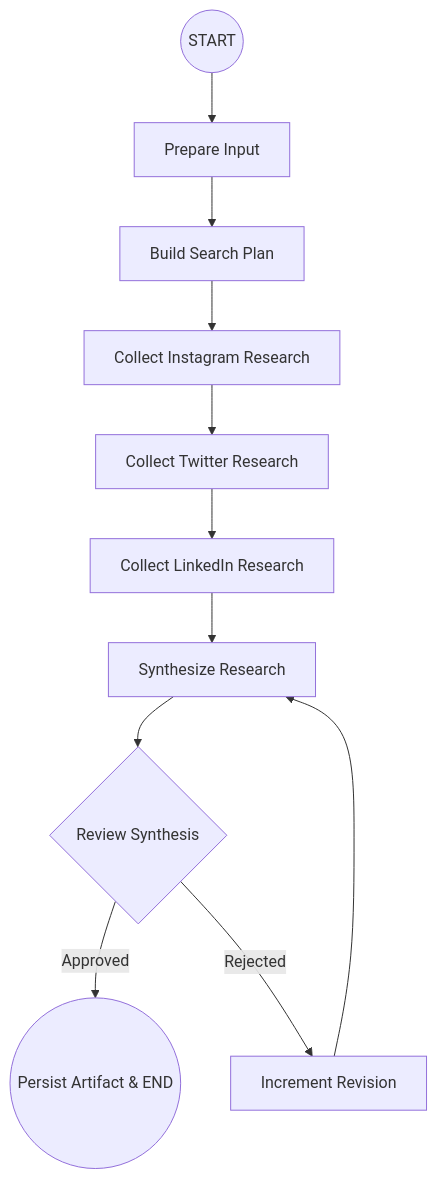
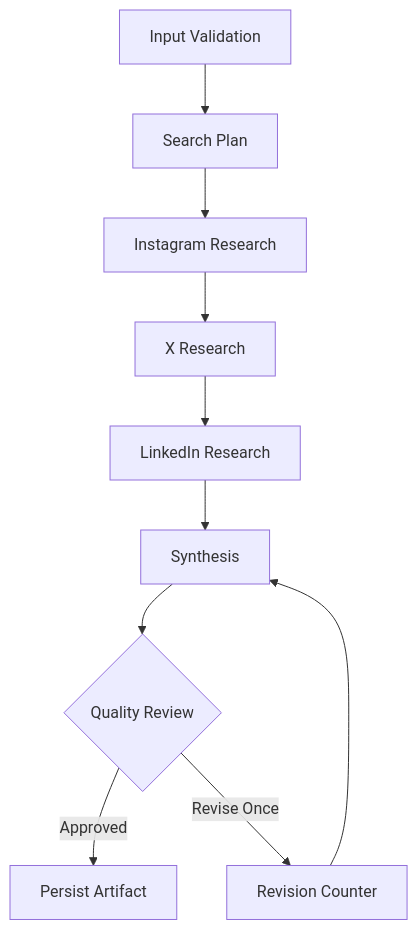
One commit to shivamrajput-py/Content-Automation-AgenticAI changed the first of 3 diagrams in README.md. Above: the diagram before and after it, drawn with Mermaid. The commit also changed other lines of this file and 24 other files, not shown here.

````diff
--- a/README.md
+++ b/README.md
@@ -26,20 +92,12 @@
 ```mermaid
 graph TD
-    Start((START))
-    Prepare[Prepare Input]
-    Plan[Build Search Plan]
-    Insta[Collect Instagram Research]
-    Twitter[Collect Twitter Research]
-    LinkedIn[Collect LinkedIn Research]
-    Synthesize[Synthesize Research]
-    Review{Review Synthesis}
-    Persist((Persist Artifact & END))
-    
-    Start --> Prepare --> Plan
-    Plan --> Insta --> Twitter --> LinkedIn --> Synthesize
-    Synthesize --> Review
-    
-    Review -- Approved --> Persist
-    Review -- Rejected --> IncrementRevision[Increment Revision]
-    IncrementRevision --> Synthesize
+    A[Input Validation] --> B[Search Plan]
+    B --> C[Instagram Research]
+    C --> D[X Research]
+    D --> E[LinkedIn Research]
+    E --> F[Synthesis]
+    F --> G{Quality Review}
+    G -->|Approved| H[Persist Artifact]
+    G -->|Revise Once| I[Revision Counter]
+    I --> F
 ```
````
